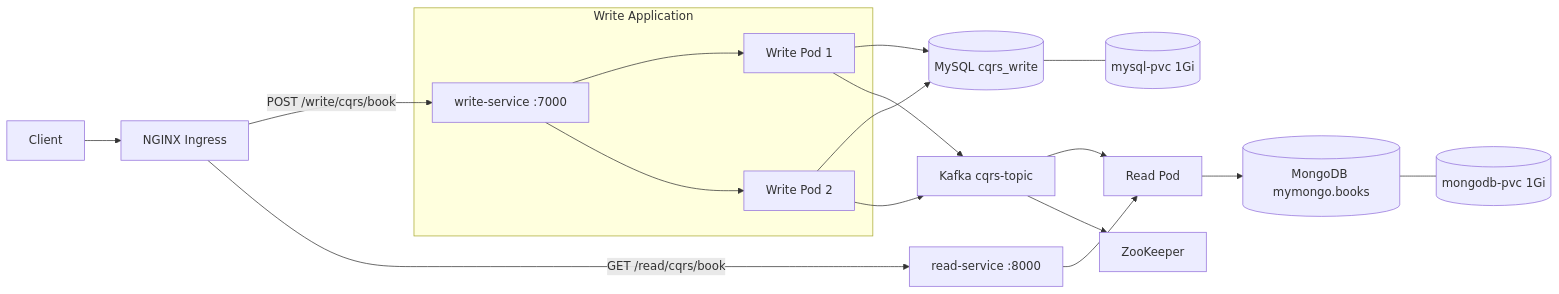
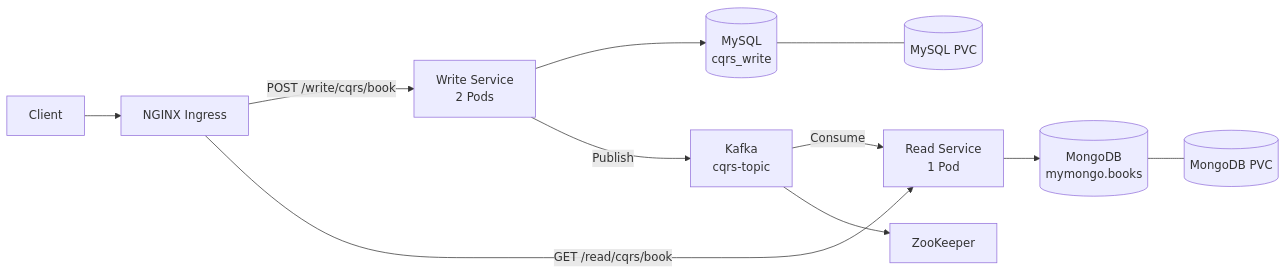
One commit to jiwon28/mini_project changed the diagram in README.md. Above: the diagram before and after it, drawn with Mermaid. The commit also changed other lines of this file, not shown here.

````diff
--- a/README.md
+++ b/README.md
@@ -23,25 +16,16 @@
 ```mermaid
 flowchart LR
     Client[Client] --> Ingress[NGINX Ingress]
 
-    Ingress -->|POST /write/cqrs/book| WSVC[write-service :7000]
-    Ingress -->|GET /read/cqrs/book| RSVC[read-service :8000]
+    Ingress -->|POST /write/cqrs/book| Write[Write Service<br/>2 Pods]
+    Write --> MySQL[(MySQL<br/>cqrs_write)]
+    Write -->|Publish| Kafka[Kafka<br/>cqrs-topic]
 
-    subgraph Write Application
-        WSVC --> W1[Write Pod 1]
-        WSVC --> W2[Write Pod 2]
-    end
+    Kafka -->|Consume| Read[Read Service<br/>1 Pod]
+    Read --> MongoDB[(MongoDB<br/>mymongo.books)]
+    Ingress -->|GET /read/cqrs/book| Read
 
-    W1 --> MySQL[(MySQL cqrs_write)]
-    W2 --> MySQL
-    W1 --> Kafka[Kafka cqrs-topic]
-    W2 --> Kafka
-
-    Kafka --> R1[Read Pod]
-    R1 --> MongoDB[(MongoDB mymongo.books)]
-    RSVC --> R1
-
-    MySQL --- MySQLPVC[(mysql-pvc 1Gi)]
-    MongoDB --- MongoPVC[(mongodb-pvc 1Gi)]
+    MySQL --- MySQLPVC[(MySQL PVC)]
+    MongoDB --- MongoPVC[(MongoDB PVC)]
     Kafka --> ZooKeeper[ZooKeeper]
 ```
````
